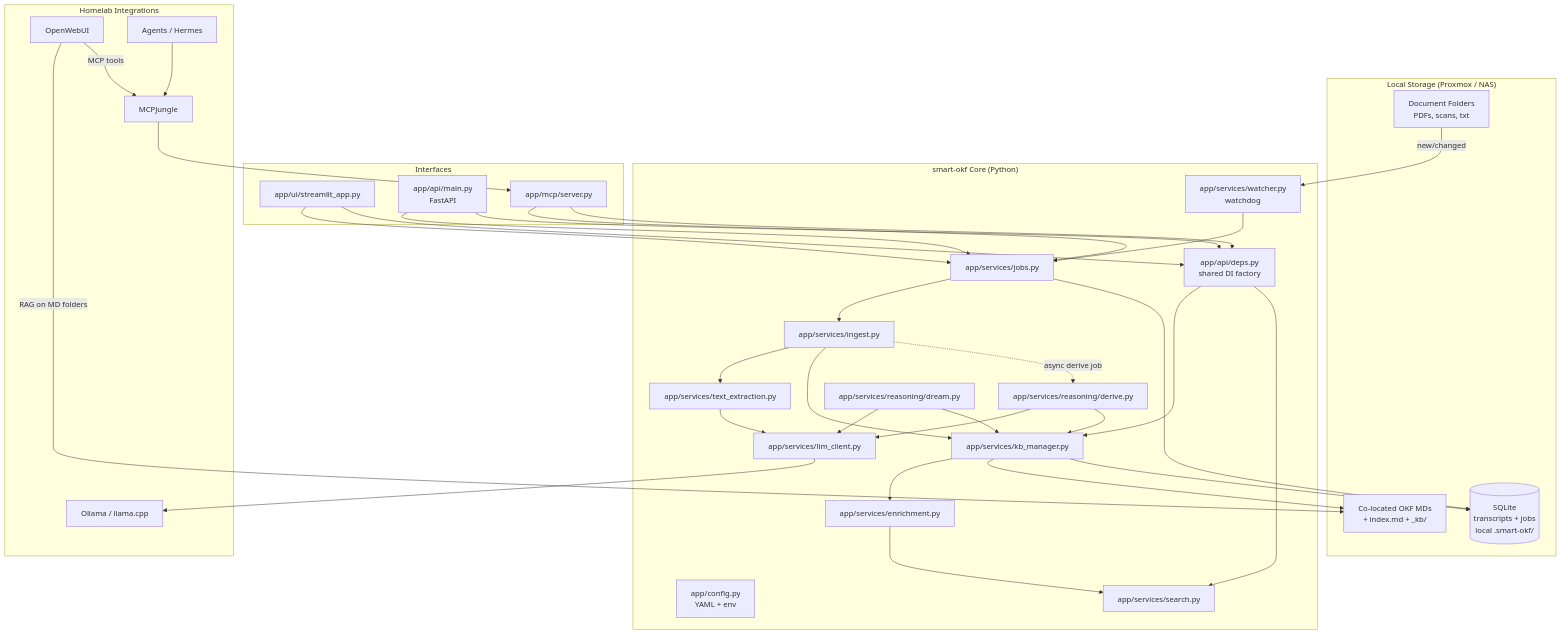
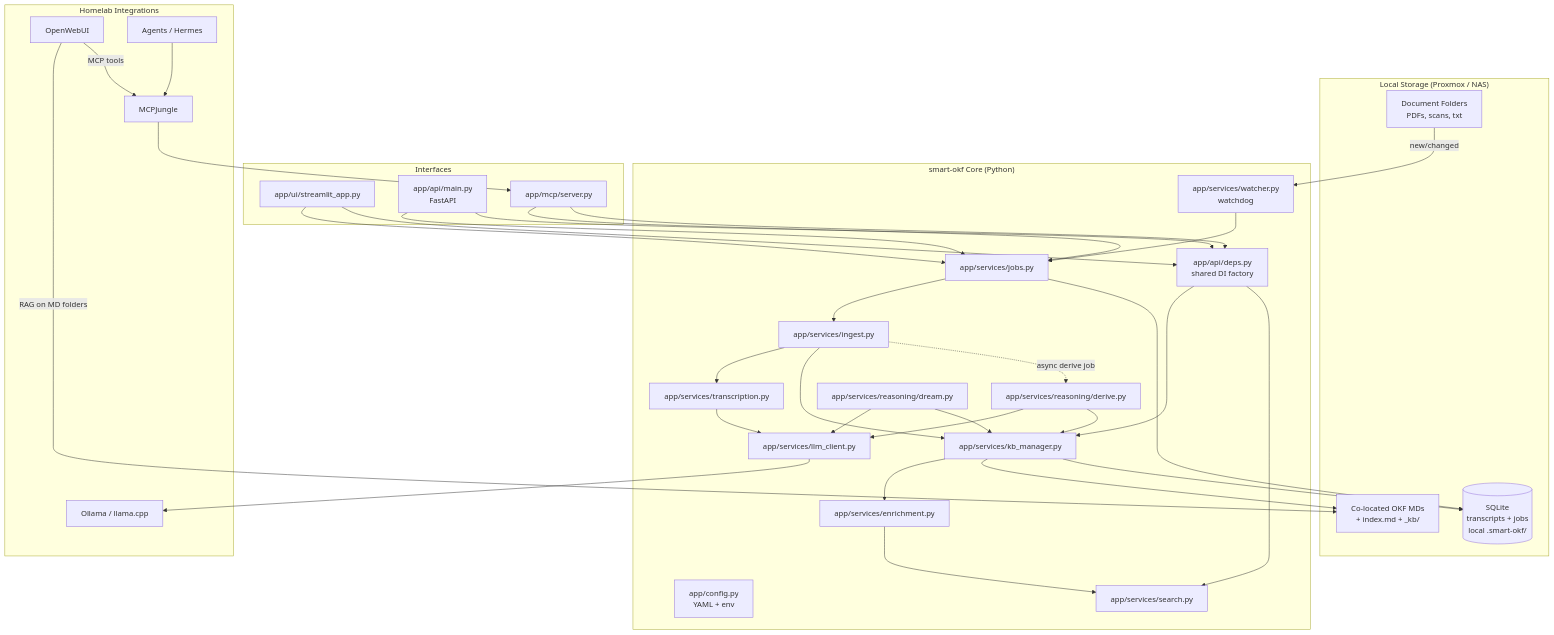
Before and after one commit to TuxLux40/skills: the first of 4 diagrams in skills/smart-okf/docs/DESIGN.md, drawn with Mermaid. The commit also changed other lines of this file and 12 other files, not shown here.

````diff
--- a/skills/smart-okf/docs/DESIGN.md
+++ b/skills/smart-okf/docs/DESIGN.md
@@ -765,70 +765,70 @@
 ```mermaid
 graph TB
     subgraph Storage["Local Storage (Proxmox / NAS)"]
         DF[Document Folders<br/>PDFs, scans, txt]
         MD[Co-located OKF MDs<br/>+ index.md + _kb/]
         SQ[(SQLite<br/>transcripts + jobs<br/>local .smart-okf/)]
     end
 
     subgraph Core["smart-okf Core (Python)"]
         CFG[app/config.py<br/>YAML + env]
         WCH[app/services/watcher.py<br/>watchdog]
         ING[app/services/ingest.py]
-        TXT[app/services/text_extraction.py]
+        TXT[app/services/transcription.py]
         LLM[app/services/llm_client.py]
         KB[app/services/kb_manager.py]
         ENR[app/services/enrichment.py]
         DRV[app/services/reasoning/derive.py]
         DRM[app/services/reasoning/dream.py]
         SRCH[app/services/search.py]
         JOB[app/services/jobs.py]
         DEPS[app/api/deps.py<br/>shared DI factory]
     end
 
     subgraph Interfaces["Interfaces"]
         ST[app/ui/streamlit_app.py]
         API[app/api/main.py<br/>FastAPI]
         MCP[app/mcp/server.py]
     end
 
     subgraph External["Homelab Integrations"]
         OLL[Ollama / llama.cpp]
         OWU[OpenWebUI]
         MCJ[MCPJungle]
         AGT[Agents / Hermes]
     end
 
     DF -->|new/changed| WCH
     WCH --> JOB
     ST --> JOB
     API --> JOB
     MCP --> JOB
 
     JOB --> ING
     ING --> TXT
     TXT --> LLM
     LLM --> OLL
     ING --> KB
     KB --> ENR
     ENR --> SRCH
     KB --> MD
     ING -.->|async derive job| DRV
     DRV --> LLM
     DRV --> KB
     DRM --> LLM
     DRM --> KB
 
     KB --> SQ
     JOB --> SQ
 
     ST --> DEPS
     API --> DEPS
     MCP --> DEPS
     DEPS --> KB
     DEPS --> SRCH
 
     MCJ --> MCP
     OWU -->|RAG on MD folders| MD
     OWU -->|MCP tools| MCJ
     AGT --> MCJ
 ```
````
